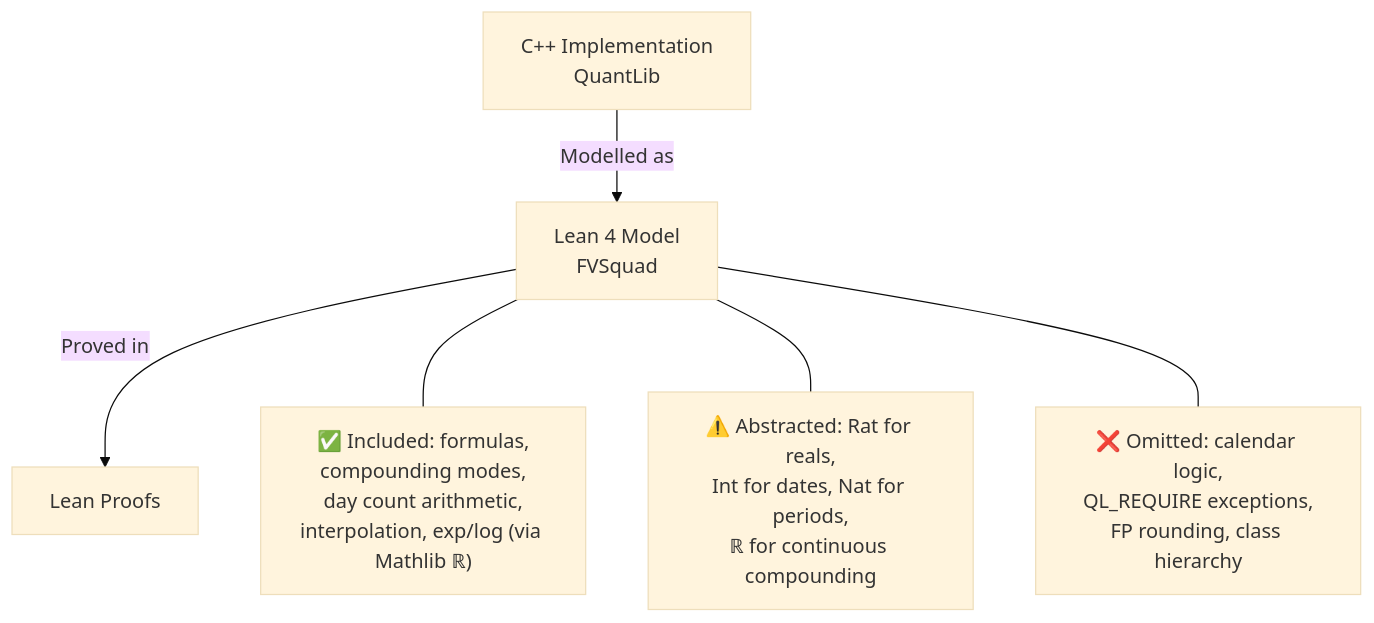
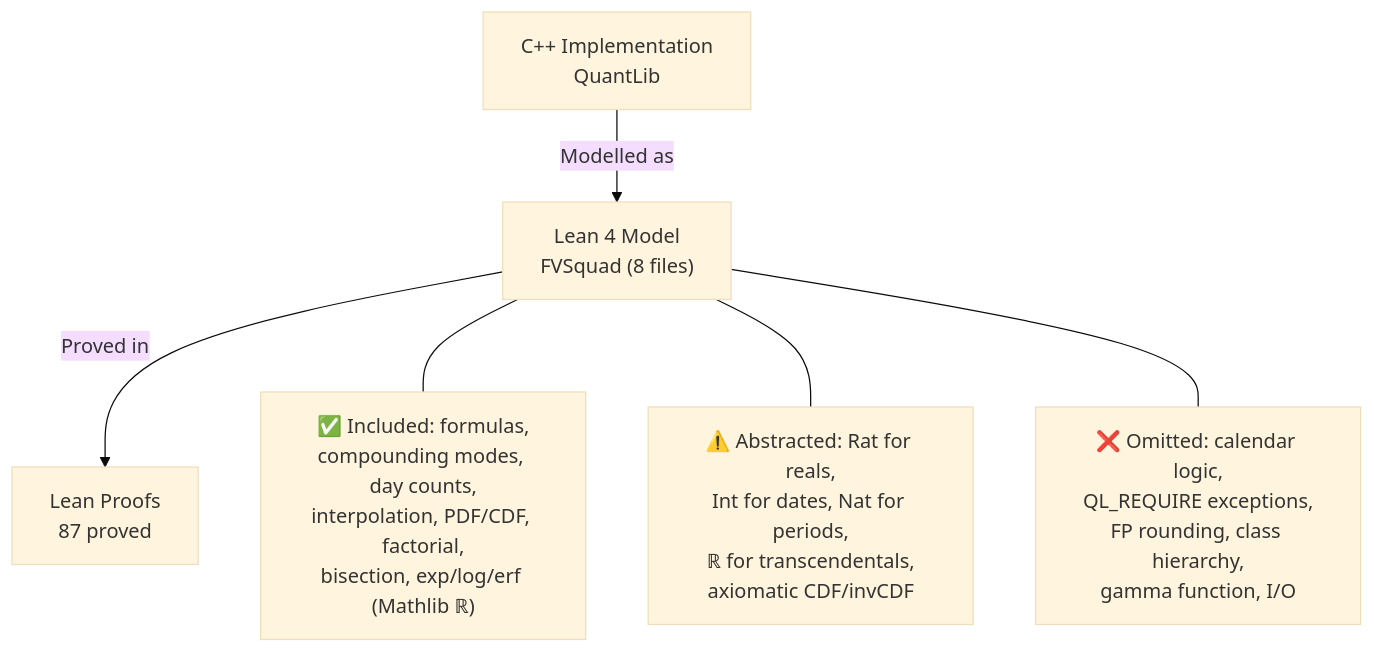
Before and after one commit to dsyme/QuantLib: the tenth of 11 diagrams in formal-verification/REPORT.md, drawn with Mermaid (base theme). The commit also changed other lines of this file, not shown here.

First line of the commit message:
feat(fv): update project report to 87 proved theorems across 7 targets

````diff
--- a/formal-verification/REPORT.md
+++ b/formal-verification/REPORT.md
@@ -178,14 +194,14 @@
 ```mermaid
 graph TD
     REAL["C++ Implementation<br/>QuantLib"]
-    MODEL["Lean 4 Model<br/>FVSquad"]
-    PROOF["Lean Proofs"]
+    MODEL["Lean 4 Model<br/>FVSquad (8 files)"]
+    PROOF["Lean Proofs<br/>87 proved"]
     REAL -->|"Modelled as"| MODEL
     MODEL -->|"Proved in"| PROOF
-    NOTE1["✅ Included: formulas,<br/>compounding modes,<br/>day count arithmetic,<br/>interpolation, exp/log (via Mathlib ℝ)"]
-    NOTE2["⚠️ Abstracted: Rat for reals,<br/>Int for dates, Nat for periods,<br/>ℝ for continuous compounding"]
-    NOTE3["❌ Omitted: calendar logic,<br/>QL_REQUIRE exceptions,<br/>FP rounding, class hierarchy"]
+    NOTE1["✅ Included: formulas,<br/>compounding modes, day counts,<br/>interpolation, PDF/CDF, factorial,<br/>bisection, exp/log/erf (Mathlib ℝ)"]
+    NOTE2["⚠️ Abstracted: Rat for reals,<br/>Int for dates, Nat for periods,<br/>ℝ for transcendentals,<br/>axiomatic CDF/invCDF"]
+    NOTE3["❌ Omitted: calendar logic,<br/>QL_REQUIRE exceptions,<br/>FP rounding, class hierarchy,<br/>gamma function, I/O"]
     MODEL --- NOTE1
     MODEL --- NOTE2
     MODEL --- NOTE3
 ```
````
